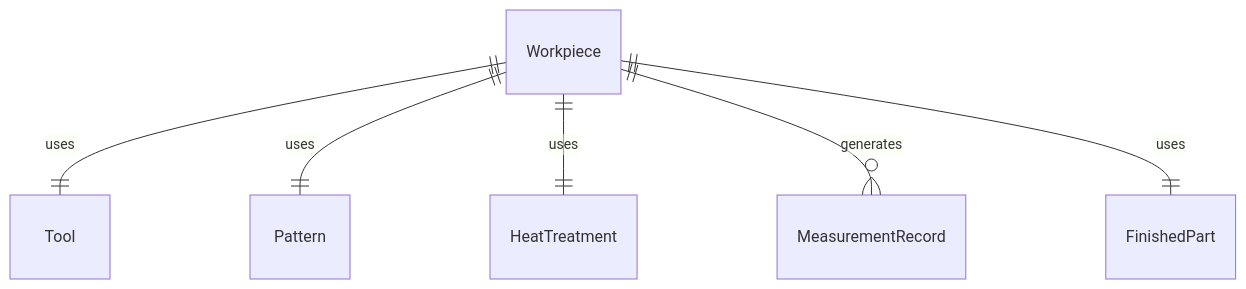
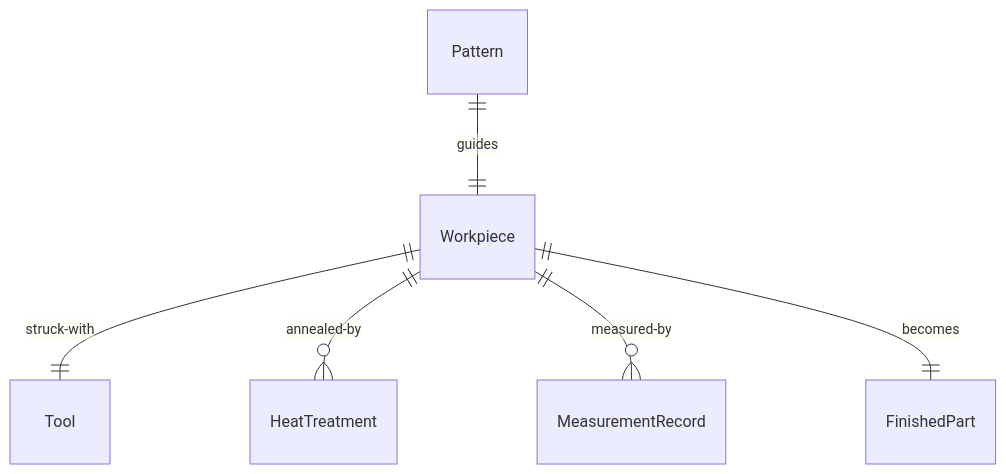
One commit to dot-org-ai/tasks.org.ai changed the first of 4 diagrams in HandlingAndMovingObjects/ShapeMaterialsToCreateProducts/ShapeMetalWorkpiecesHammersSmall.mdx. Above: the diagram before and after it, drawn with Mermaid. The commit also changed other lines of this file and 515 other files, not shown here.

````diff
--- a/HandlingAndMovingObjects/ShapeMaterialsToCreateProducts/ShapeMetalWorkpiecesHammersSmall.mdx
+++ b/HandlingAndMovingObjects/ShapeMaterialsToCreateProducts/ShapeMetalWorkpiecesHammersSmall.mdx
@@ -88,8 +88,8 @@
 ```mermaid
 erDiagram
-    Workpiece ||--|| Tool : "uses"
-    Workpiece ||--|| Pattern : "uses"
-    Workpiece ||--|| HeatTreatment : "uses"
-    Workpiece ||--o{ MeasurementRecord : "generates"
-    Workpiece ||--|| FinishedPart : "uses"
+    Workpiece ||--|| Tool : "struck-with"
+    Pattern ||--|| Workpiece : "guides"
+    Workpiece ||--o{ HeatTreatment : "annealed-by"
+    Workpiece ||--o{ MeasurementRecord : "measured-by"
+    Workpiece ||--|| FinishedPart : "becomes"
 ```
````
